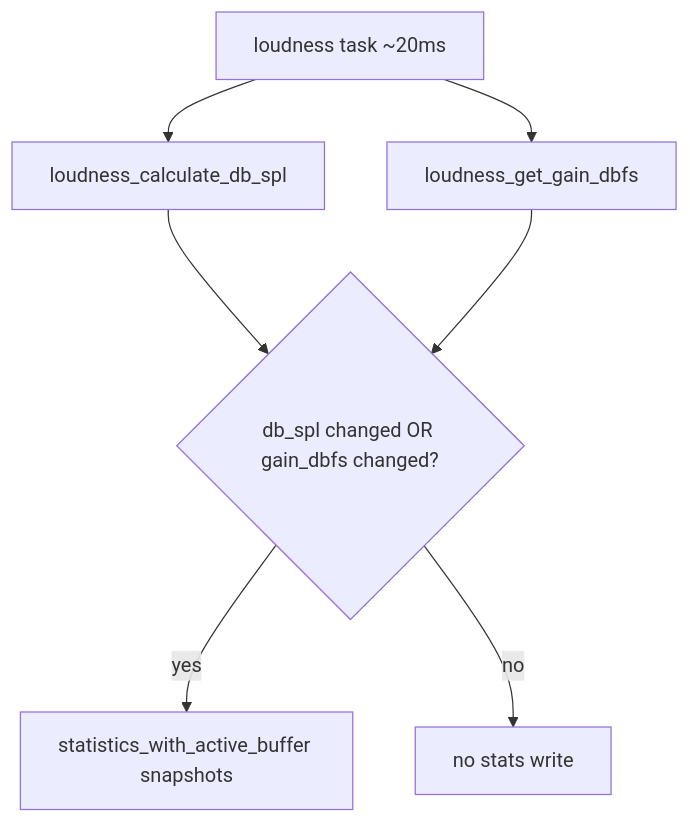
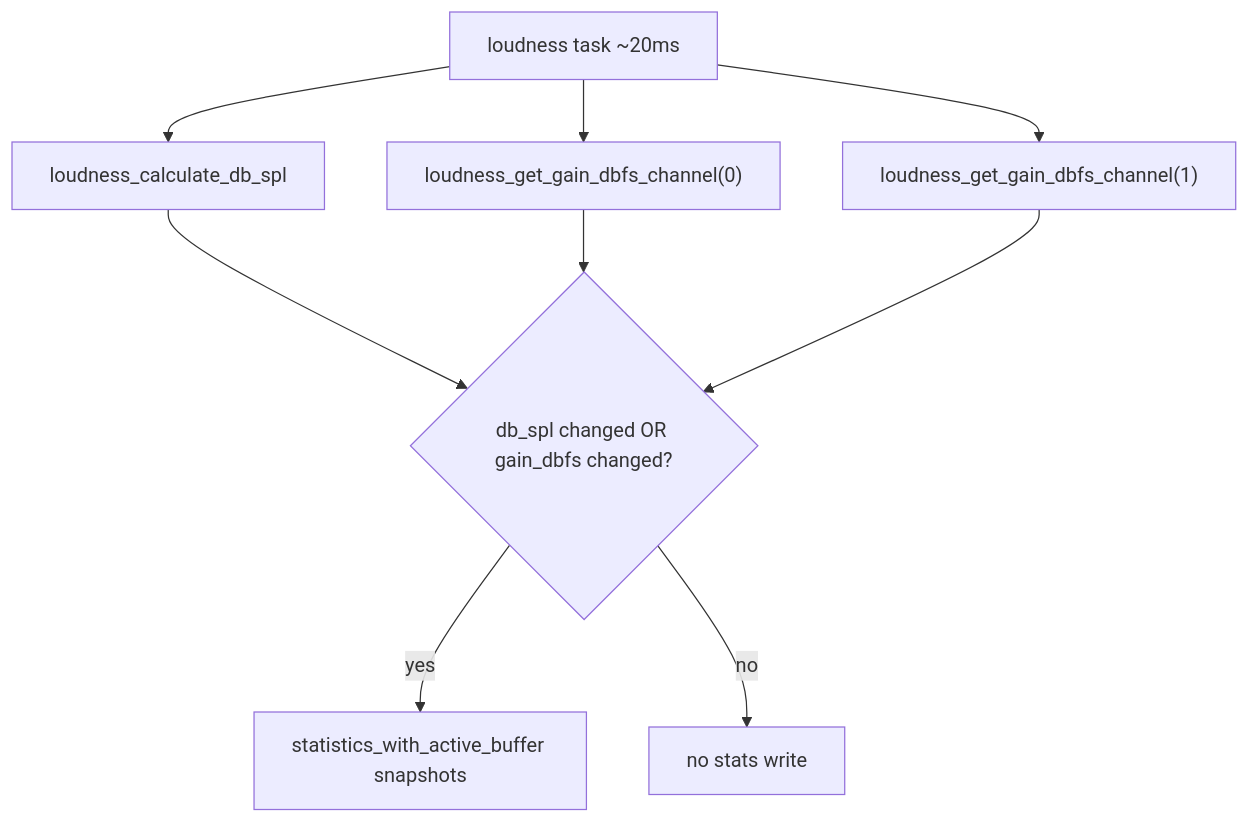
Before and after one commit to ahysing/sdr-widget: the diagram in docs/USB_STATISTICS_GAIN_DBFS_PLAN.md, drawn with Mermaid. The commit also changed other lines of this file and 15 other files, not shown here.

````diff
--- a/docs/USB_STATISTICS_GAIN_DBFS_PLAN.md
+++ b/docs/USB_STATISTICS_GAIN_DBFS_PLAN.md
@@ -80,15 +80,18 @@
 ```mermaid
 flowchart TD
     loudnessTask["loudness task ~20ms"]
     calcDbSpl["loudness_calculate_db_spl"]
-    readGain["loudness_get_gain_dbfs"]
+    readGainL["loudness_get_gain_dbfs_channel(0)"]
+    readGainR["loudness_get_gain_dbfs_channel(1)"]
     changed{"db_spl changed OR gain_dbfs changed?"}
     snap["statistics_with_active_buffer snapshots"]
     skip["no stats write"]
     loudnessTask --> calcDbSpl
-    loudnessTask --> readGain
+    loudnessTask --> readGainL
+    loudnessTask --> readGainR
     calcDbSpl --> changed
-    readGain --> changed
+    readGainL --> changed
+    readGainR --> changed
     changed -->|yes| snap
     changed -->|no| skip
 ```
````
